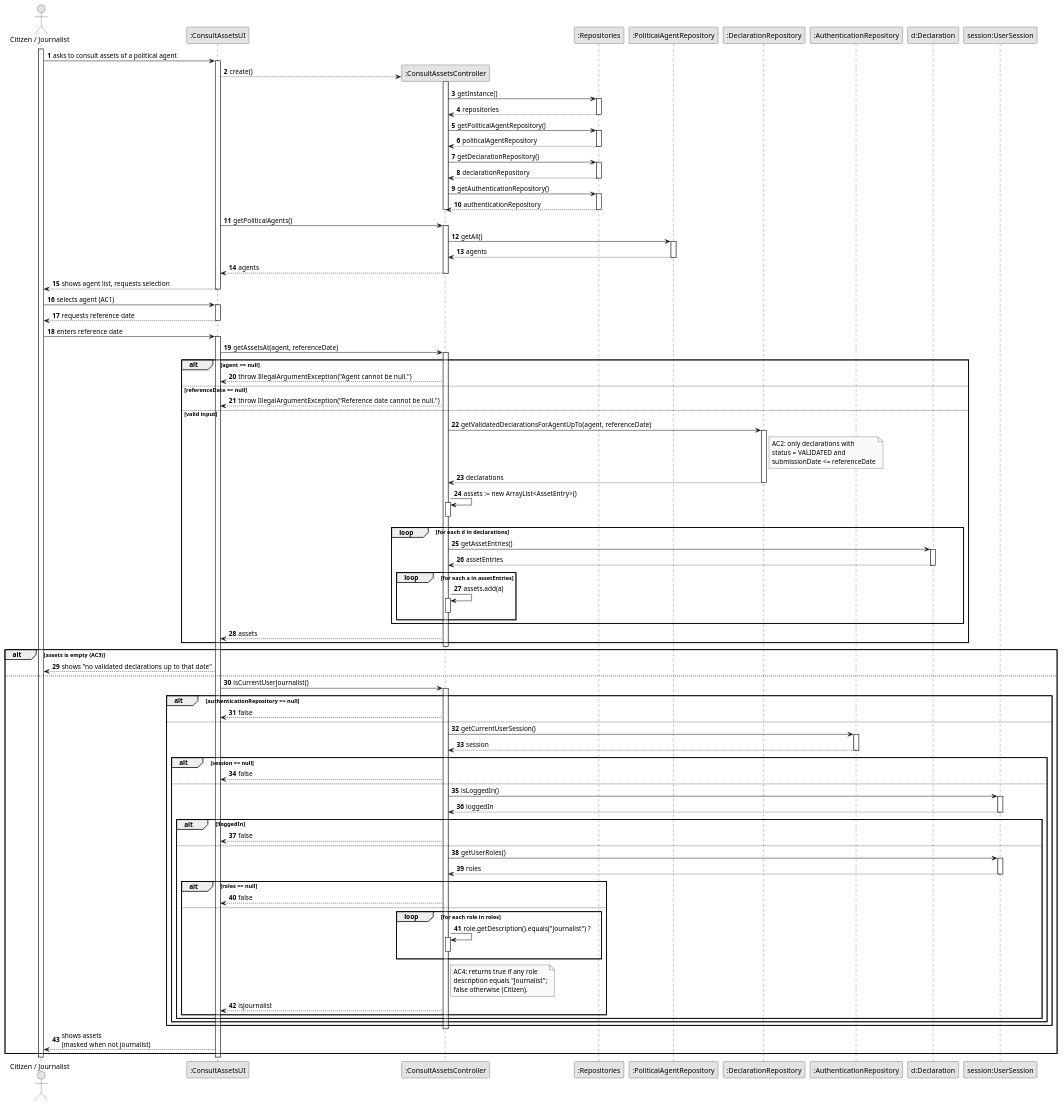
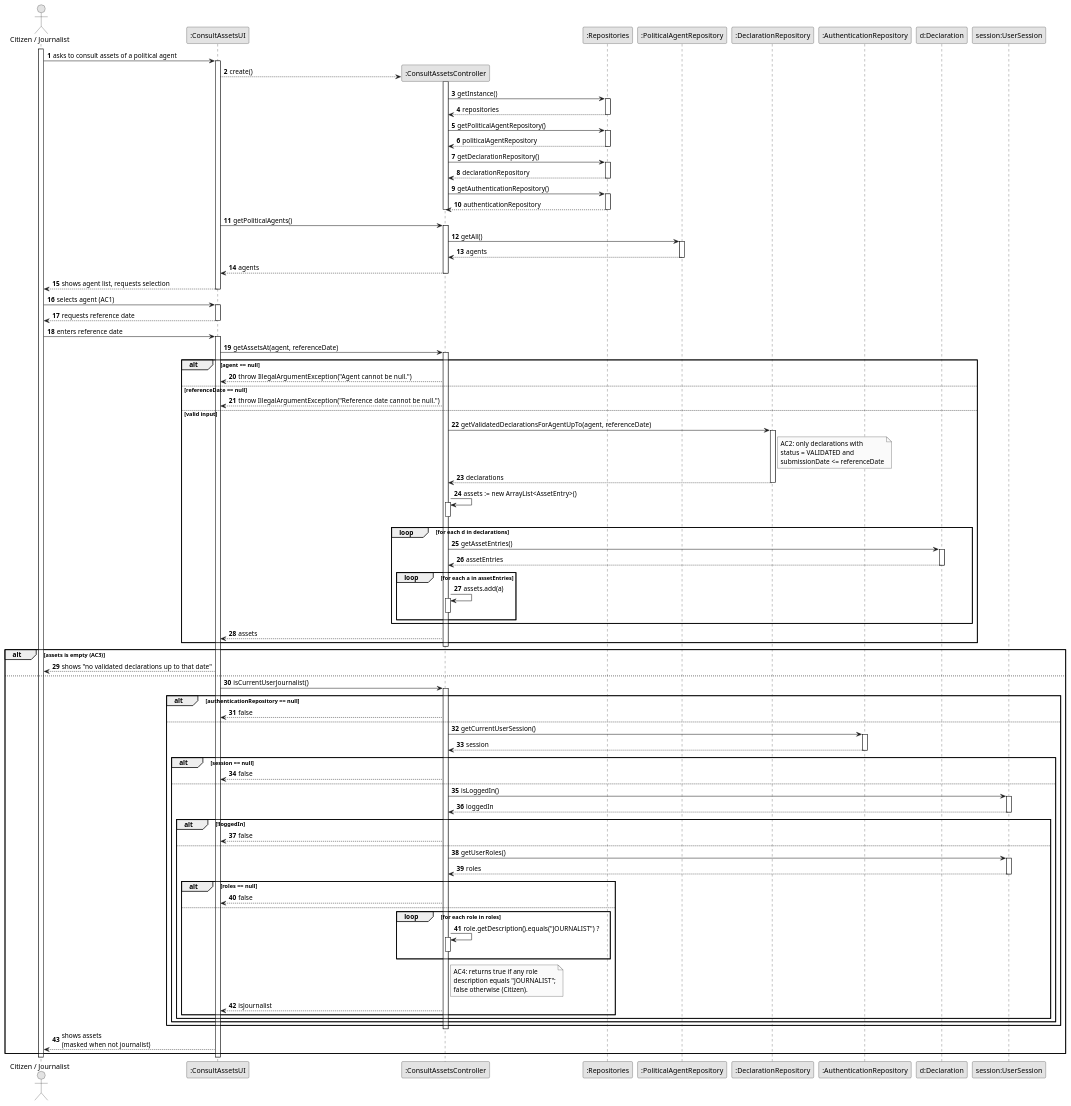
Before and after one commit to brunodspinto/crystal-clear-platform: the diagram in docs/system-documentation/US11/03.design/puml/US11-SD-full.puml, drawn with PlantUML. The commit also changed 15 other files, not shown here.

Commit message:
Updated the US 09, 10 and 11 diagrams for clarity

```diff
--- a/docs/system-documentation/US11/03.design/puml/US11-SD-full.puml
+++ b/docs/system-documentation/US11/03.design/puml/US11-SD-full.puml
@@ -1,169 +1,169 @@
 @startuml US11-SD-full
 skinparam monochrome true
 skinparam packageStyle rectangle
 skinparam shadowing false
 
 autonumber
 
 actor "Citizen / Journalist" as Actor
 participant ":ConsultAssetsUI" as UI
 participant ":ConsultAssetsController" as CTRL
 participant ":Repositories" as REPOS
 participant ":PoliticalAgentRepository" as PAR
 participant ":DeclarationRepository" as DR
 participant ":AuthenticationRepository" as AUTH
 participant "d:Declaration" as DEC
 participant "session:UserSession" as SESS
 
 activate Actor
 
     Actor -> UI : asks to consult assets of a political agent
     activate UI
 
         UI --> CTRL** : create()
         activate CTRL
             CTRL -> REPOS : getInstance()
             activate REPOS
                 REPOS --> CTRL : repositories
             deactivate REPOS
 
             CTRL -> REPOS : getPoliticalAgentRepository()
             activate REPOS
                 REPOS --> CTRL : politicalAgentRepository
             deactivate REPOS
 
             CTRL -> REPOS : getDeclarationRepository()
             activate REPOS
                 REPOS --> CTRL : declarationRepository
             deactivate REPOS
 
             CTRL -> REPOS : getAuthenticationRepository()
             activate REPOS
                 REPOS --> CTRL : authenticationRepository
             deactivate REPOS
         deactivate CTRL
 
         UI -> CTRL : getPoliticalAgents()
         activate CTRL
 
             CTRL -> PAR : getAll()
             activate PAR
                 PAR --> CTRL : agents
             deactivate PAR
 
             CTRL --> UI : agents
         deactivate CTRL
 
         UI --> Actor : shows agent list, requests selection
     deactivate UI
 
     Actor -> UI : selects agent (AC1)
     activate UI
 
         UI --> Actor : requests reference date
     deactivate UI
 
     Actor -> UI : enters reference date
     activate UI
 
         UI -> CTRL : getAssetsAt(agent, referenceDate)
         activate CTRL
 
             alt agent == null
                 CTRL --> UI : throw IllegalArgumentException("Agent cannot be null.")
             else referenceDate == null
                 CTRL --> UI : throw IllegalArgumentException("Reference date cannot be null.")
             else valid input
                 CTRL -> DR : getValidatedDeclarationsForAgentUpTo(agent, referenceDate)
                 activate DR
 
                     note right of DR
                         AC2: only declarations with
                         status = VALIDATED and
                         submissionDate <= referenceDate
                     end note
 
                     DR --> CTRL : declarations
                 deactivate DR
 
                 CTRL -> CTRL : assets := new ArrayList<AssetEntry>()
                 activate CTRL
                 deactivate CTRL
 
                 loop for each d in declarations
                     CTRL -> DEC : getAssetEntries()
                     activate DEC
                         DEC --> CTRL : assetEntries
                     deactivate DEC
 
                     loop for each a in assetEntries
                         CTRL -> CTRL : assets.add(a)
                         activate CTRL
                         deactivate CTRL
                     end
                 end
 
                 CTRL --> UI : assets
             end
         deactivate CTRL
 
         alt assets is empty (AC3)
             UI --> Actor : shows "no validated declarations up to that date"
         else
             UI -> CTRL : isCurrentUserJournalist()
             activate CTRL
 
                 alt authenticationRepository == null
                     CTRL --> UI : false
                 else
                     CTRL -> AUTH : getCurrentUserSession()
                     activate AUTH
                         AUTH --> CTRL : session
                     deactivate AUTH
 
                     alt session == null
                         CTRL --> UI : false
                     else
                         CTRL -> SESS : isLoggedIn()
                         activate SESS
                             SESS --> CTRL : loggedIn
                         deactivate SESS
 
                         alt !loggedIn
                             CTRL --> UI : false
                         else
                             CTRL -> SESS : getUserRoles()
                             activate SESS
                                 SESS --> CTRL : roles
                             deactivate SESS
 
                             alt roles == null
                                 CTRL --> UI : false
                             else
                                 loop for each role in roles
-                                    CTRL -> CTRL : role.getDescription().equals("Journalist") ?
+                                    CTRL -> CTRL : role.getDescription().equals("JOURNALIST") ?
                                     activate CTRL
                                     deactivate CTRL
                                 end
 
                                 note right of CTRL
                                     AC4: returns true if any role
-                                    description equals "Journalist";
+                                    description equals "JOURNALIST";
                                     false otherwise (Citizen).
                                 end note
 
                                 CTRL --> UI : isJournalist
                             end
                         end
                     end
                 end
             deactivate CTRL
 
             UI --> Actor : shows assets\n(masked when not journalist)
         end
 
     deactivate UI
 
 deactivate Actor
 
 @enduml
```
